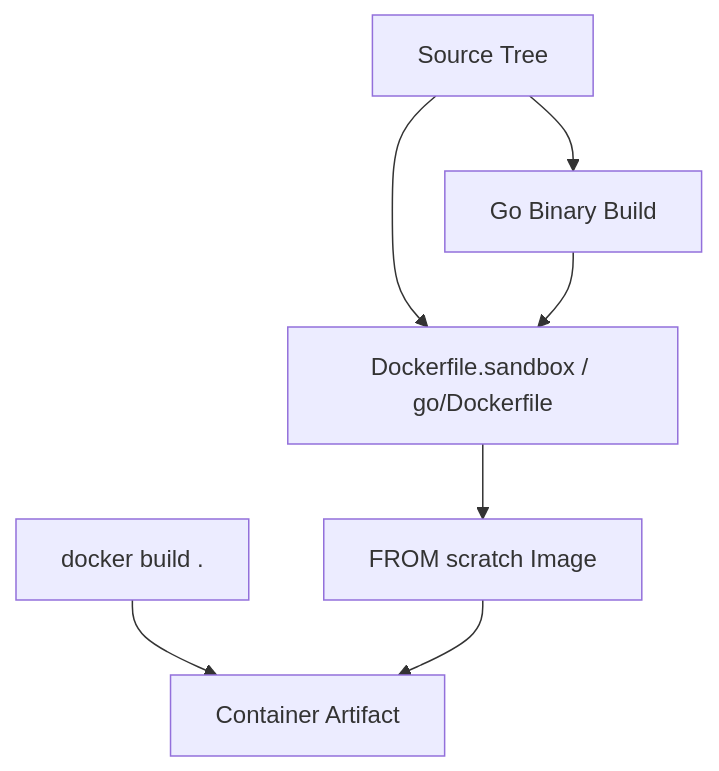
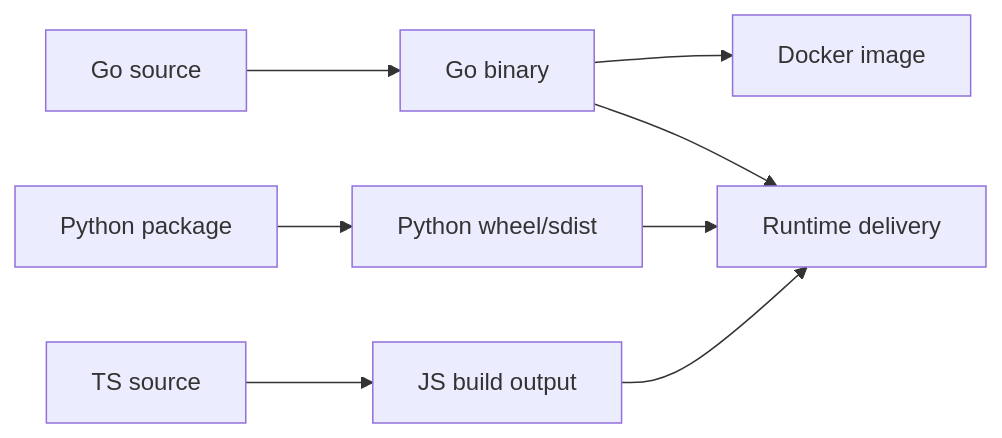
One commit to actions-marketplace-validations/unrealandychan_rekipedia changed the diagram in .rekipedia/wiki/deployment.md. Above: the diagram before and after it, drawn with Mermaid. The commit also changed other lines of this file and 39 other files, not shown here.

````diff
--- a/.rekipedia/wiki/deployment.md
+++ b/.rekipedia/wiki/deployment.md
@@ -70,16 +129,19 @@
 ```mermaid
-flowchart TD
-  Src[Source Tree]
-  GoBuild[Go Binary Build]
-  Dockerfile[Dockerfile.sandbox / go/Dockerfile]
-  Scratch[FROM scratch Image]
-  DockerBuild[docker build .]
-  Artifact[Container Artifact]
+flowchart LR
+  GoSrc[Go source]
+  PySrc[Python package]
+  TsSrc[TS source]
+  GoBuild[Go binary]
+  PyDist[Python wheel/sdist]
+  JsBuild[JS build output]
+  DockerImg[Docker image]
+  Runtime[Runtime delivery]
 
-  Src --> GoBuild
-  Src --> Dockerfile
-  GoBuild --> Dockerfile
-  Dockerfile --> Scratch
-  DockerBuild --> Artifact
-  Scratch --> Artifact
+  GoSrc --> GoBuild
+  PySrc --> PyDist
+  TsSrc --> JsBuild
+  GoBuild --> DockerImg
+  GoBuild --> Runtime
+  PyDist --> Runtime
+  JsBuild --> Runtime
 ```
````
